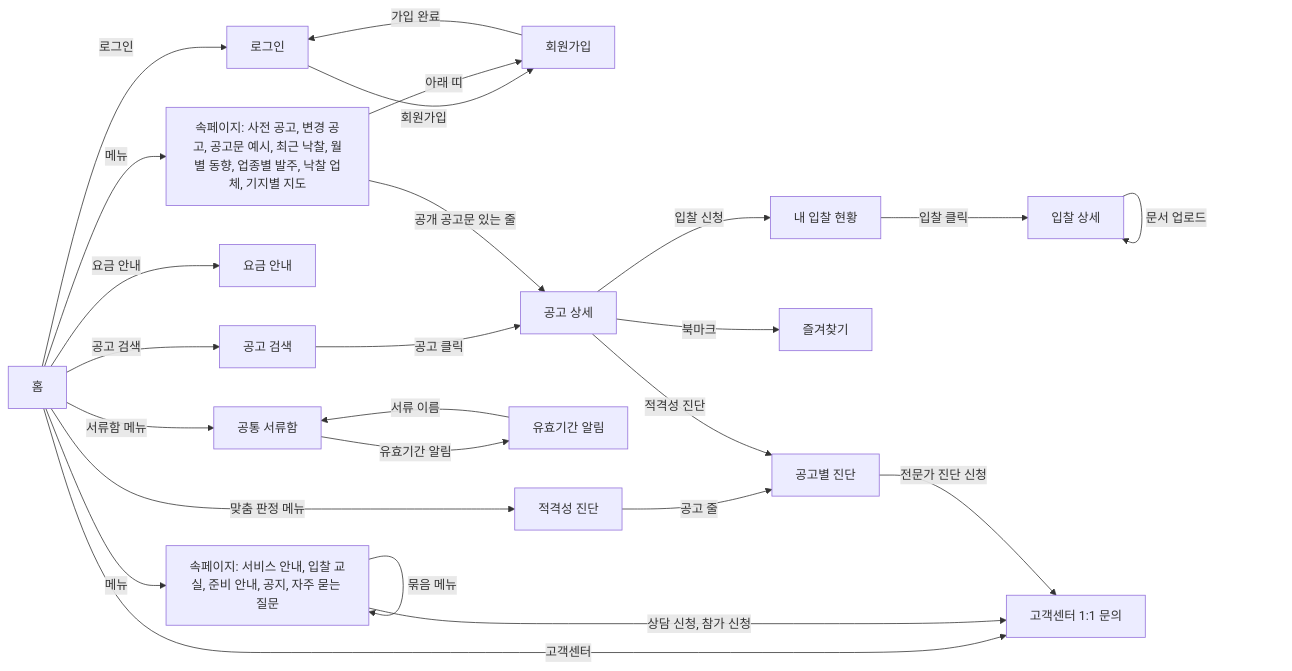
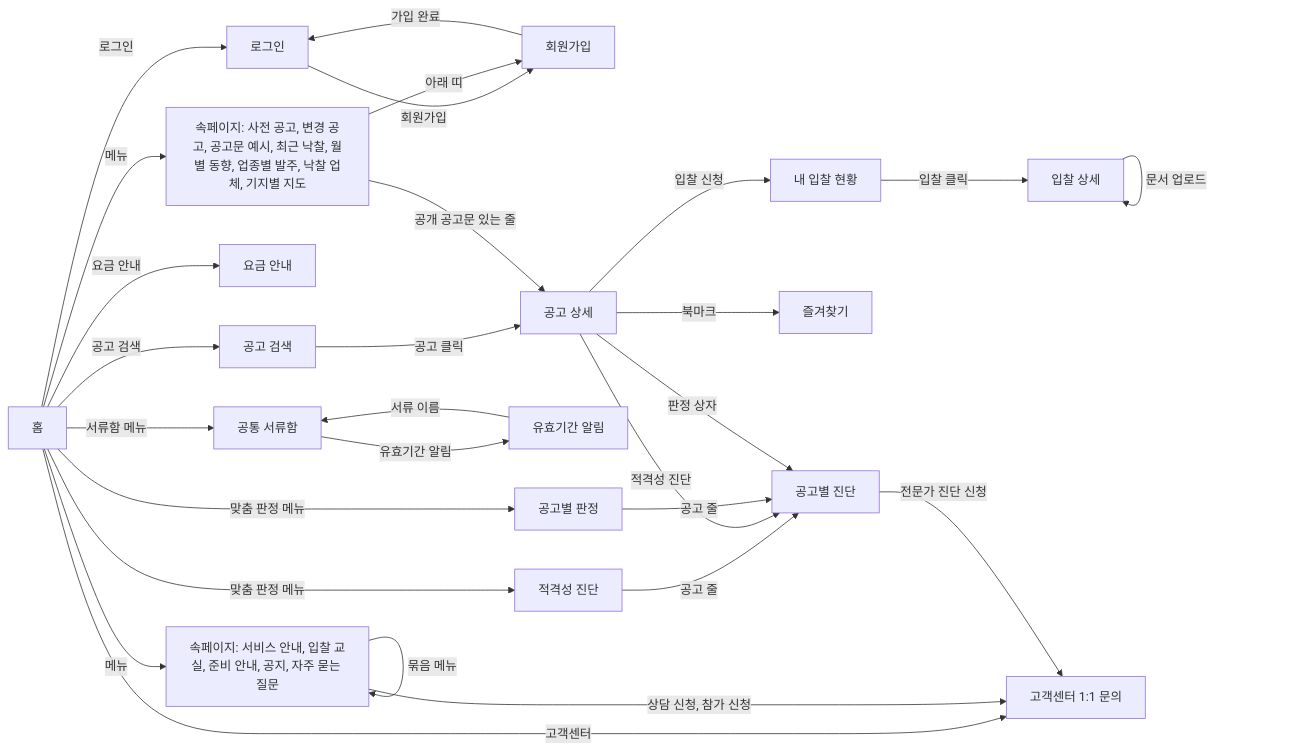
The first of 2 diagrams in docs/T3-3_화면_구조.md (johnnykim7/wjbid), drawn with Mermaid before and after one commit. The commit also changed other lines of this file and 12 other files, not shown here.

````diff
--- a/docs/T3-3_화면_구조.md
+++ b/docs/T3-3_화면_구조.md
@@ -836,27 +866,30 @@
 ```mermaid
 flowchart LR
     HOME[홈] -->|공고 검색| SEARCH[공고 검색]
     HOME -->|로그인| LOGIN[로그인]
     LOGIN -->|회원가입| REGISTER[회원가입]
     REGISTER -->|가입 완료| LOGIN
     SEARCH -->|공고 클릭| DETAIL[공고 상세]
     DETAIL -->|입찰 신청| PROPOSALS[내 입찰 현황]
     DETAIL -->|북마크| BOOKMARKS[즐겨찾기]
     PROPOSALS -->|입찰 클릭| PROPOSAL_DETAIL[입찰 상세]
     PROPOSAL_DETAIL -->|문서 업로드| PROPOSAL_DETAIL
     HOME -->|요금 안내| PRICING[요금 안내]
     HOME -->|고객센터| SUPPORT[고객센터 1:1 문의]
     HOME -->|메뉴| SUB[속페이지: 서비스 안내, 입찰 교실, 준비 안내, 공지, 자주 묻는 질문]
     SUB -->|상담 신청, 참가 신청| SUPPORT
     HOME -->|메뉴| DATA[속페이지: 사전 공고, 변경 공고, 공고문 예시, 최근 낙찰, 월별 동향, 업종별 발주, 낙찰 업체, 기지별 지도]
     HOME -->|서류함 메뉴| VAULT[공통 서류함]
     VAULT -->|유효기간 알림| EXPIRY[유효기간 알림]
     HOME -->|맞춤 판정 메뉴| ELIG[적격성 진단]
     ELIG -->|공고 줄| ELIG_DETAIL[공고별 진단]
     DETAIL -->|적격성 진단| ELIG_DETAIL
     ELIG_DETAIL -->|전문가 진단 신청| SUPPORT
+    HOME -->|맞춤 판정 메뉴| VERDICT[공고별 판정]
+    VERDICT -->|공고 줄| ELIG_DETAIL
+    DETAIL -->|판정 상자| ELIG_DETAIL
     EXPIRY -->|서류 이름| VAULT
     DATA -->|공개 공고문 있는 줄| DETAIL
     DATA -->|아래 띠| REGISTER
     SUB -->|묶음 메뉴| SUB
 ```
````
